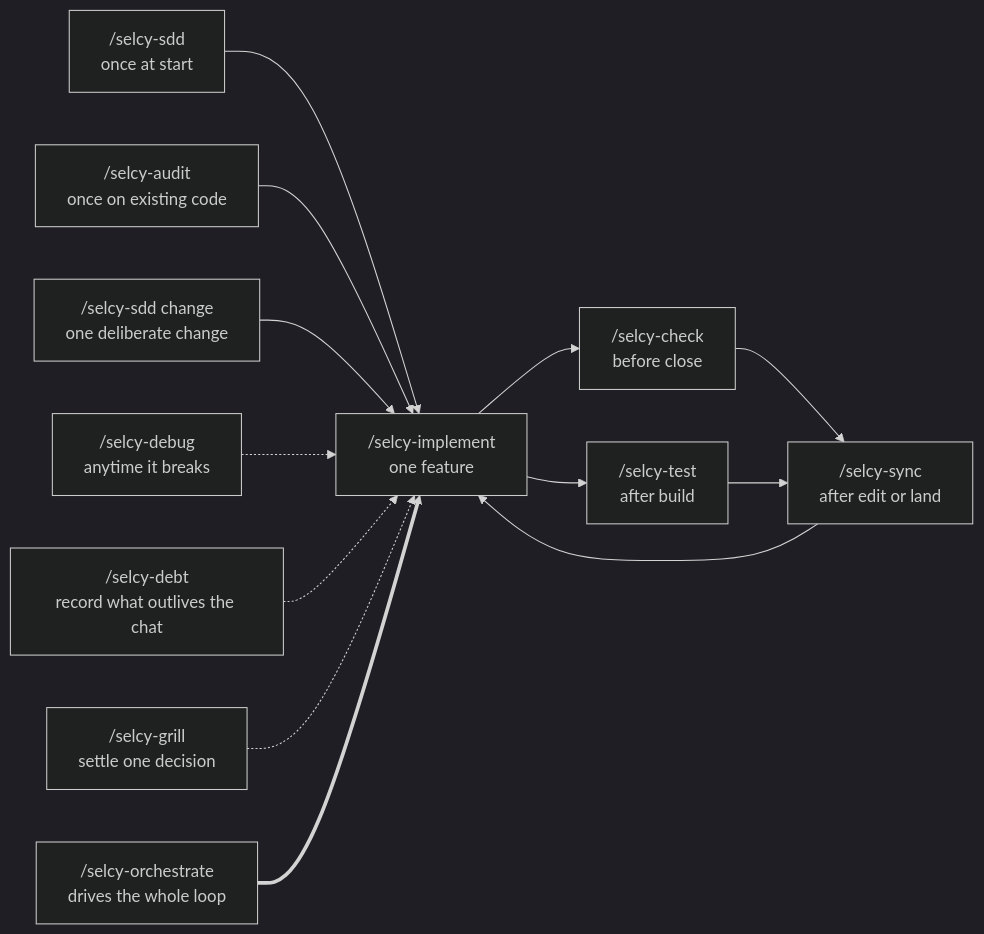
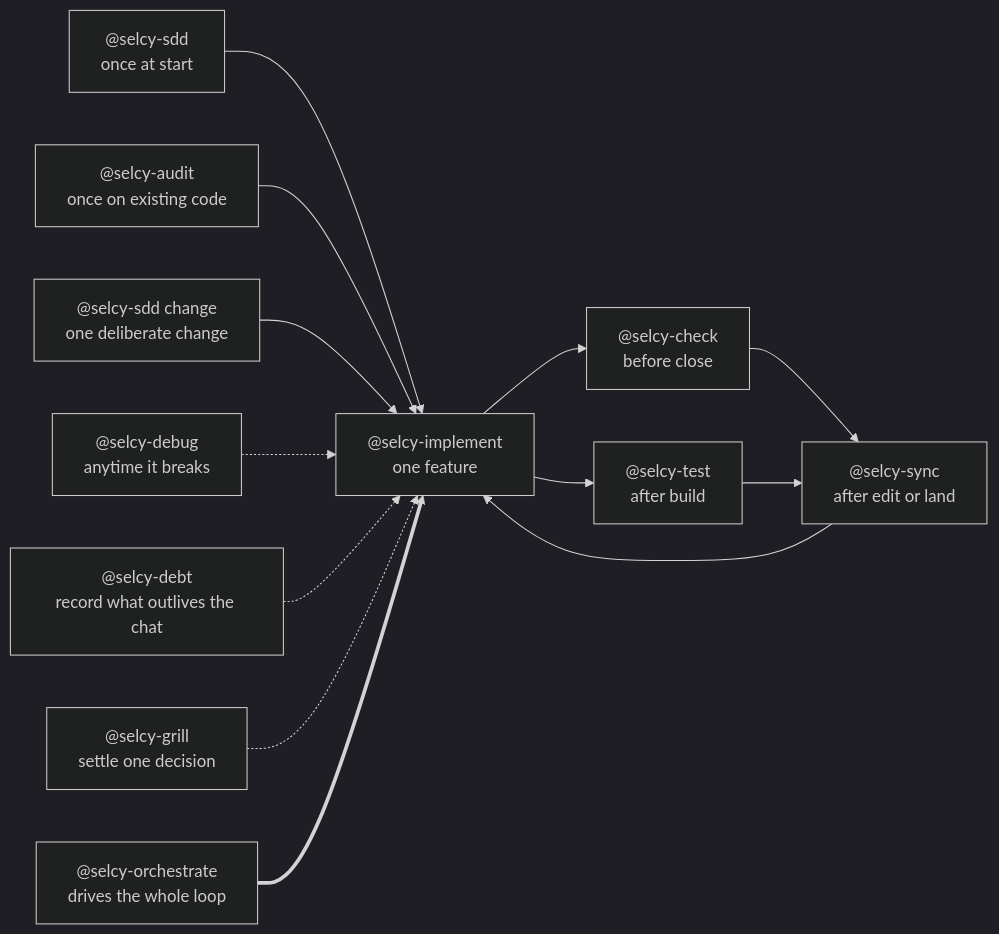
Before and after one commit to maulanaadib/skills: the diagram in README.md, drawn with Mermaid (dark theme). The commit also changed other lines of this file and 17 other files, not shown here.

````diff
--- a/README.md
+++ b/README.md
@@ -11,17 +11,17 @@
 ```mermaid
 flowchart LR
-    A["/selcy-sdd<br/>once at start"] --> B["/selcy-implement<br/>one feature"]
-    H["/selcy-audit<br/>once on existing code"] --> B
-    K["/selcy-sdd change<br/>one deliberate change"] --> B
-    B --> C["/selcy-check<br/>before close"]
-    B --> D["/selcy-test<br/>after build"]
-    C --> E["/selcy-sync<br/>after edit or land"]
+    A["@selcy-sdd<br/>once at start"] --> B["@selcy-implement<br/>one feature"]
+    H["@selcy-audit<br/>once on existing code"] --> B
+    K["@selcy-sdd change<br/>one deliberate change"] --> B
+    B --> C["@selcy-check<br/>before close"]
+    B --> D["@selcy-test<br/>after build"]
+    C --> E["@selcy-sync<br/>after edit or land"]
     D --> E
     E --> B
 
-    F["/selcy-debug<br/>anytime it breaks"] -.-> B
-    I["/selcy-debt<br/>record what outlives the chat"] -.-> B
-    J["/selcy-grill<br/>settle one decision"] -.-> B
+    F["@selcy-debug<br/>anytime it breaks"] -.-> B
+    I["@selcy-debt<br/>record what outlives the chat"] -.-> B
+    J["@selcy-grill<br/>settle one decision"] -.-> B
 
-    G["/selcy-orchestrate<br/>drives the whole loop"] ==> B
+    G["@selcy-orchestrate<br/>drives the whole loop"] ==> B
 ```
````
